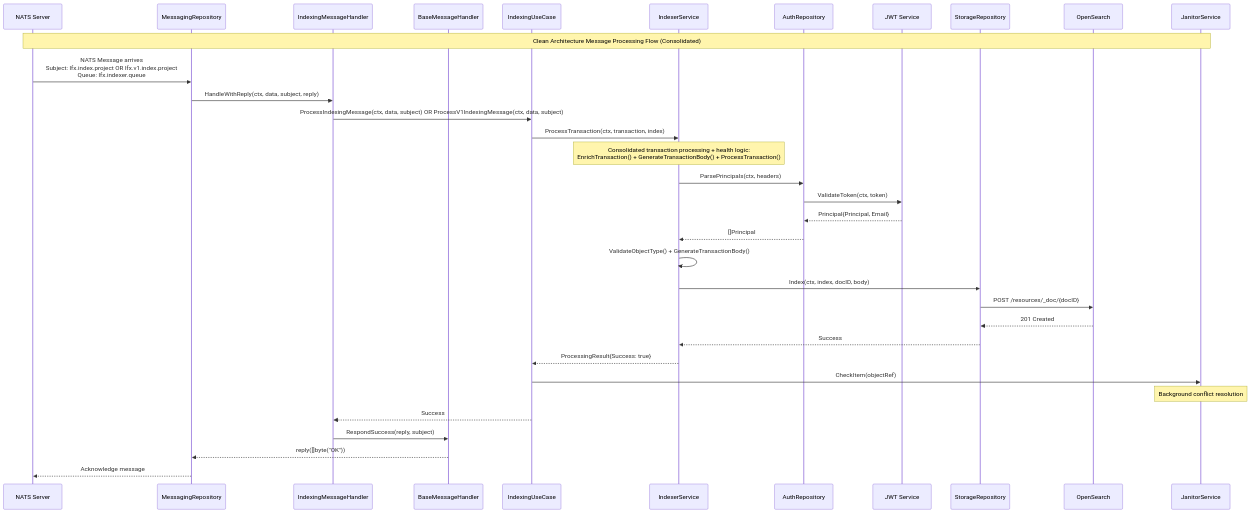
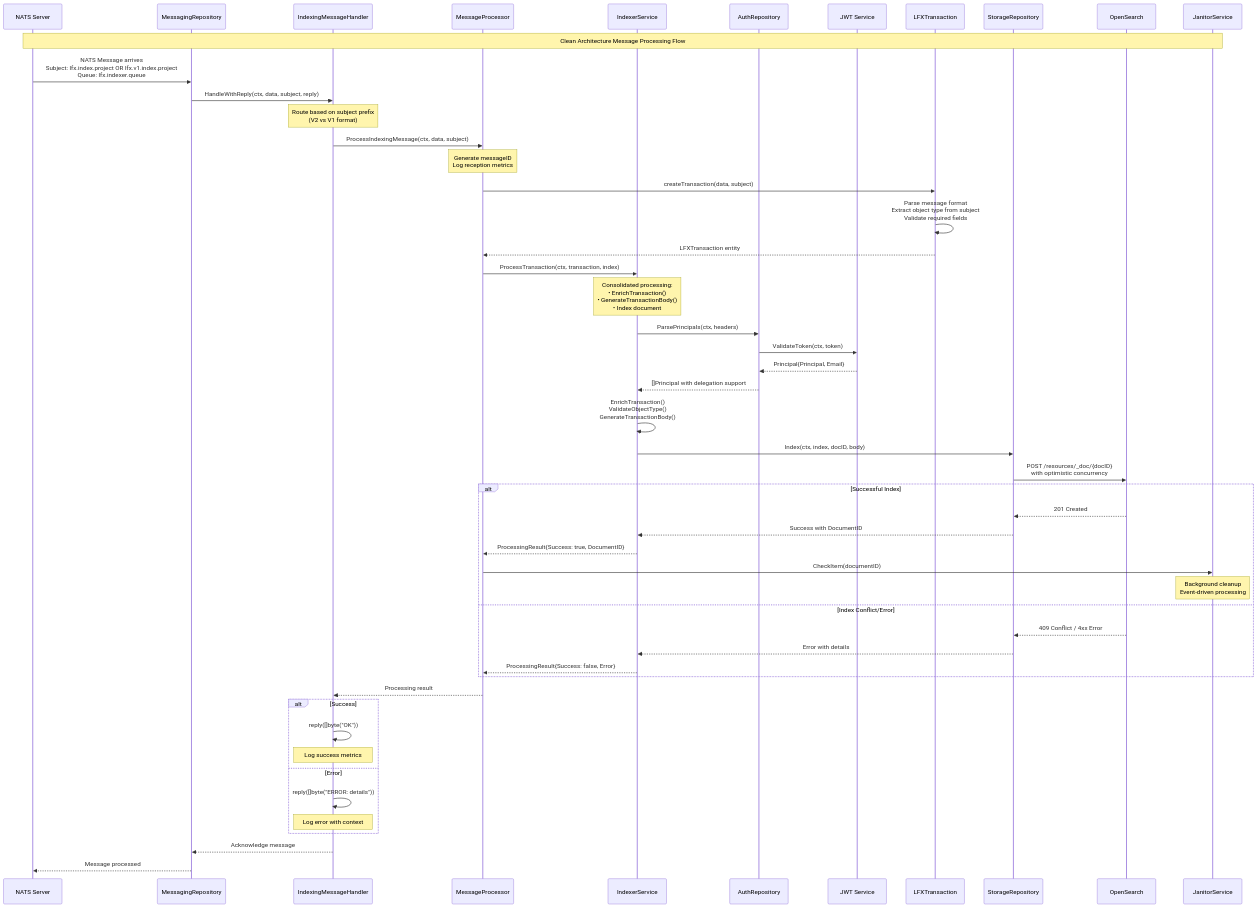
The second of 2 diagrams in README.md (linuxfoundation/lfx-v2-indexer-service), drawn with Mermaid before and after one commit. The commit also changed other lines of this file and 48 other files, not shown here.

````diff
--- a/README.md
+++ b/README.md
@@ -206,53 +201,78 @@
 ```mermaid
 sequenceDiagram
     participant NATS as NATS Server
     participant MR as MessagingRepository  
     participant UH as IndexingMessageHandler
-    participant BMH as BaseMessageHandler
-    participant IUC as IndexingUseCase
+    participant MP as MessageProcessor
     participant IS as IndexerService
     participant AR as AuthRepository
     participant JWT as JWT Service
+    participant TE as LFXTransaction
     participant SR as StorageRepository
     participant OS as OpenSearch
     participant JS as JanitorService
 
-    Note over NATS,JS: Clean Architecture Message Processing Flow (Consolidated)
+    Note over NATS,JS: Clean Architecture Message Processing Flow
 
     %% Message Arrival & Presentation Layer
     NATS->>MR: NATS Message arrives<br/>Subject: lfx.index.project OR lfx.v1.index.project<br/>Queue: lfx.indexer.queue
     
     MR->>UH: HandleWithReply(ctx, data, subject, reply)
+    Note over UH: Route based on subject prefix<br/>(V2 vs V1 format)
     
-    %% Application Layer Coordination (Consolidated)
-    UH->>IUC: ProcessIndexingMessage(ctx, data, subject) OR ProcessV1IndexingMessage(ctx, data, subject)
+    %% Application Layer Coordination
+    UH->>MP: ProcessIndexingMessage(ctx, data, subject)
+    Note over MP: Generate messageID<br/>Log reception metrics
     
-    %% Domain Layer Business Logic (Consolidated)
-    IUC->>IS: ProcessTransaction(ctx, transaction, index)
+    %% Transaction Creation & Validation
+    MP->>TE: createTransaction(data, subject)
+    TE->>TE: Parse message format<br/>Extract object type from subject<br/>Validate required fields
+    TE-->>MP: LFXTransaction entity
     
-    Note over IS: Consolidated transaction processing + health logic:<br/>EnrichTransaction() + GenerateTransactionBody() + ProcessTransaction()
+    %% Domain Layer Business Logic
+    MP->>IS: ProcessTransaction(ctx, transaction, index)
     
+    Note over IS: Consolidated processing:<br/>• EnrichTransaction()<br/>• GenerateTransactionBody()<br/>• Index document
+    
+    %% Authentication & Authorization
     IS->>AR: ParsePrincipals(ctx, headers)
     AR->>JWT: ValidateToken(ctx, token)
     JWT-->>AR: Principal{Principal, Email}
-    AR-->>IS: []Principal
+    AR-->>IS: []Principal with delegation support
     
-    IS->>IS: ValidateObjectType() + GenerateTransactionBody()
+    %% Data Enrichment & Validation
+    IS->>IS: EnrichTransaction()<br/>ValidateObjectType()<br/>GenerateTransactionBody()
+    
+    %% Document Indexing
     IS->>SR: Index(ctx, index, docID, body)
-    SR->>OS: POST /resources/_doc/{docID}
-    OS-->>SR: 201 Created
-    SR-->>IS: Success
+    SR->>OS: POST /resources/_doc/{docID}<br/>with optimistic concurrency
     
-    IS-->>IUC: ProcessingResult{Success: true}
+    alt Successful Index
+        OS-->>SR: 201 Created
+        SR-->>IS: Success with DocumentID
+        
+        %% Background Conflict Resolution
+        IS-->>MP: ProcessingResult{Success: true, DocumentID}
+        MP->>JS: CheckItem(documentID)
+        Note over JS: Background cleanup<br/>Event-driven processing
+        
+    else Index Conflict/Error
+        OS-->>SR: 409 Conflict / 4xx Error
+        SR-->>IS: Error with details
+        IS-->>MP: ProcessingResult{Success: false, Error}
+    end
     
-    %% Janitor Coordination
-    IUC->>JS: CheckItem(objectRef)
-    Note over JS: Background conflict resolution
+    %% Response Handling
+    MP-->>UH: Processing result
     
-    IUC-->>UH: Success
+    alt Success
+        UH->>UH: reply([]byte("OK"))
+        Note over UH: Log success metrics
+    else Error
+        UH->>UH: reply([]byte("ERROR: details"))
+        Note over UH: Log error with context
+    end
     
-    %% Presentation Layer Response
-    UH->>BMH: RespondSuccess(reply, subject)
-    BMH-->>MR: reply([]byte("OK"))
-    MR-->>NATS: Acknowledge message
+    UH-->>MR: Acknowledge message
+    MR-->>NATS: Message processed
 ```
````
